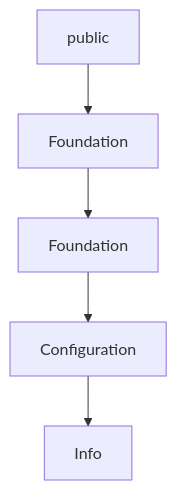
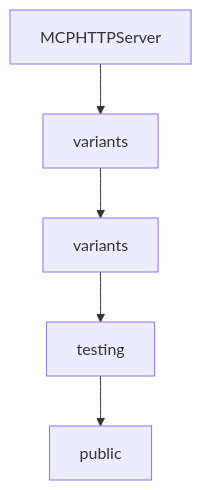
One commit to johnxie/awesome-code-docs changed the diagram in tutorials/mcp-swift-sdk-tutorial/01-getting-started-and-package-baseline.md. Above: the diagram before and after it, drawn with Mermaid. The commit also changed other lines of this file and 1232 other files, not shown here.

````diff
--- a/tutorials/mcp-swift-sdk-tutorial/01-getting-started-and-package-baseline.md
+++ b/tutorials/mcp-swift-sdk-tutorial/01-getting-started-and-package-baseline.md
@@ -212,12 +210,12 @@
 ```mermaid
 flowchart TD
-    A[public]
-    B[Foundation]
-    C[Foundation]
-    D[Configuration]
-    E[Info]
+    A[MCPHTTPServer]
+    B[variants]
+    C[variants]
+    D[testing]
+    E[public]
     A --> B
     B --> C
     C --> D
     D --> E
 ```
````
